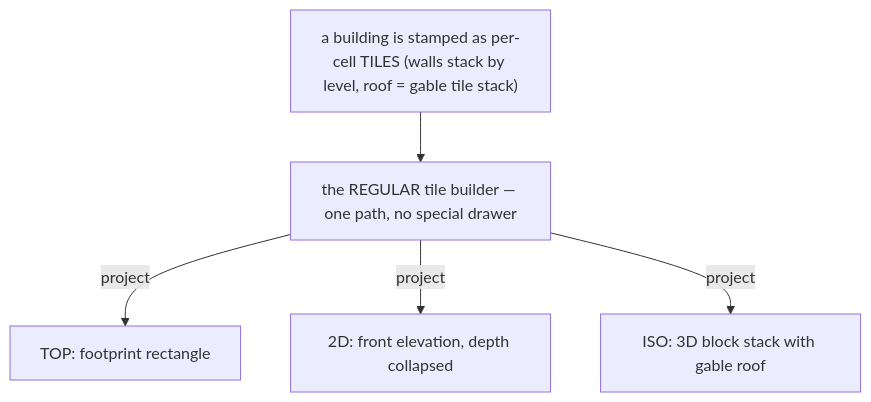
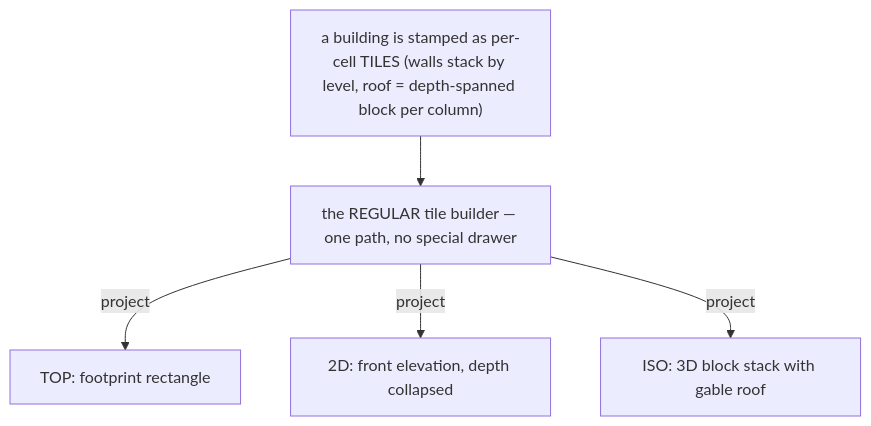
Before and after one commit to v1siond/nebulith: the third of 5 diagrams in docs/MAP-MODEL.md, drawn with Mermaid. The commit also changed other lines of this file and 6 other files, not shown here.

````diff
--- a/docs/MAP-MODEL.md
+++ b/docs/MAP-MODEL.md
@@ -151,8 +156,8 @@
 ```mermaid
 flowchart TD
-  STAMP["a building is stamped as per-cell TILES (walls stack by level, roof = gable tile stack)"]
+  STAMP["a building is stamped as per-cell TILES (walls stack by level, roof = depth-spanned block per column)"]
   STAMP --> REG["the REGULAR tile builder — one path, no special drawer"]
   REG -->|project| TOPp["TOP: footprint rectangle"]
   REG -->|project| TWODp["2D: front elevation, depth collapsed"]
   REG -->|project| ISOp["ISO: 3D block stack with gable roof"]
 ```
````
